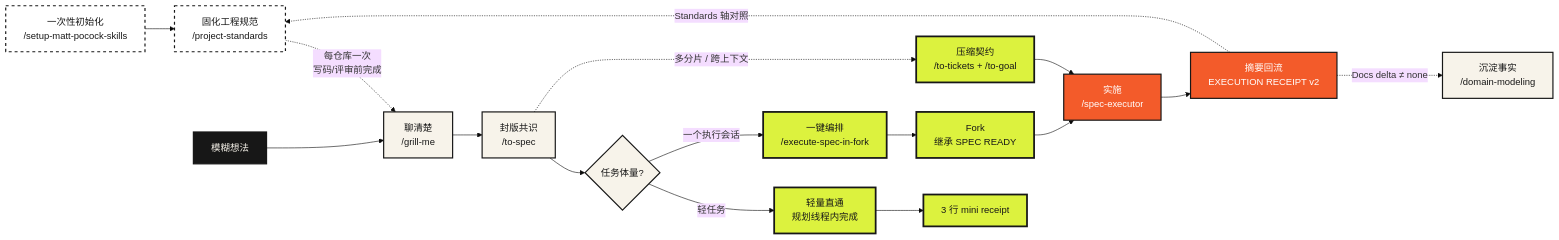
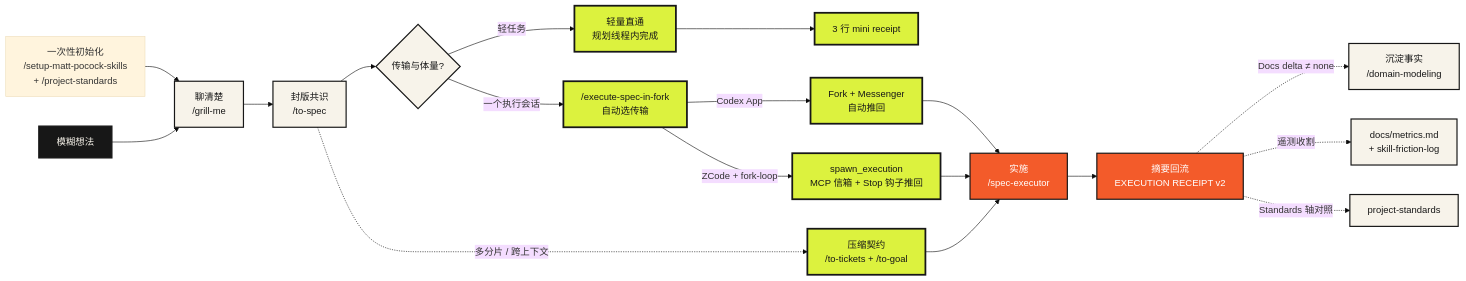
Before and after one commit to opsbli/sam-skills: the diagram in README.md, drawn with Mermaid (base theme). The commit also changed other lines of this file, not shown here.

First line of the commit message:
docs: bring README fully current — three transports, plugin-shipped fork-loop, v2 telemetry

````diff
--- a/README.md
+++ b/README.md
@@ -41,30 +42,30 @@
 ```mermaid
 flowchart LR
-    setup["一次性初始化<br/>/setup-matt-pocock-skills"] --> standards["固化工程规范<br/>/project-standards"]
-    standards -. "每仓库一次<br/>写码/评审前完成" .-> grill
+    setup["一次性初始化<br/>/setup-matt-pocock-skills<br/>+ /project-standards"] --> grill
     idea["模糊想法"] --> grill["聊清楚<br/>/grill-me"]
     grill --> spec["封版共识<br/>/to-spec"]
-    spec --> route{"任务体量?"}
+    spec --> route{"传输与体量?"}
     route -- "轻任务" --> express["轻量直通<br/>规划线程内完成"]
     express --> mini["3 行 mini receipt"]
-    route -- "一个执行会话" --> orchestrate["一键编排<br/>/execute-spec-in-fork"]
-    orchestrate --> fork["Fork<br/>继承 SPEC READY"]
+    route -- "一个执行会话" --> orchestrate["/execute-spec-in-fork<br/>自动选传输"]
+    orchestrate -- "Codex App" --> fork["Fork + Messenger<br/>自动推回"]
+    orchestrate -- "ZCode + fork-loop" --> spawnmcp["spawn_execution<br/>MCP 信箱 + Stop 钩子推回"]
     fork --> execute["实施<br/>/spec-executor"]
+    spawnmcp --> execute
     execute --> receipt["摘要回流<br/>EXECUTION RECEIPT v2"]
     spec -. "多分片 / 跨上下文" .-> goal["压缩契约<br/>/to-tickets + /to-goal"]
     goal --> execute
     receipt -. "Docs delta ≠ none" .-> settle["沉淀事实<br/>/domain-modeling"]
-    receipt -. "Standards 轴对照" .-> standards
+    receipt -. "遥测收割" .-> metrics["docs/metrics.md<br/>+ skill-friction-log"]
+    receipt -. "Standards 轴对照" .-> standards["project-standards"]
 
     classDef source fill:#171717,color:#F7F3EA,stroke:#171717,stroke-width:2px;
     classDef plan fill:#F7F3EA,color:#171717,stroke:#171717,stroke-width:2px;
     classDef contract fill:#DCF23E,color:#171717,stroke:#171717,stroke-width:3px;
     classDef action fill:#F35B2A,color:#FFFFFF,stroke:#171717,stroke-width:2px;
-    classDef init fill:#FFFFFF,color:#171717,stroke:#171717,stroke-width:2px,stroke-dasharray:5 5;
 
     class idea source;
-    class grill,spec,route,settle plan;
-    class orchestrate,fork,goal,express,mini contract;
+    class grill,spec,route,settle,metrics,standards plan;
+    class orchestrate,fork,goal,express,mini,spawnmcp contract;
     class execute,receipt action;
-    class setup,standards init;
 ```
````
